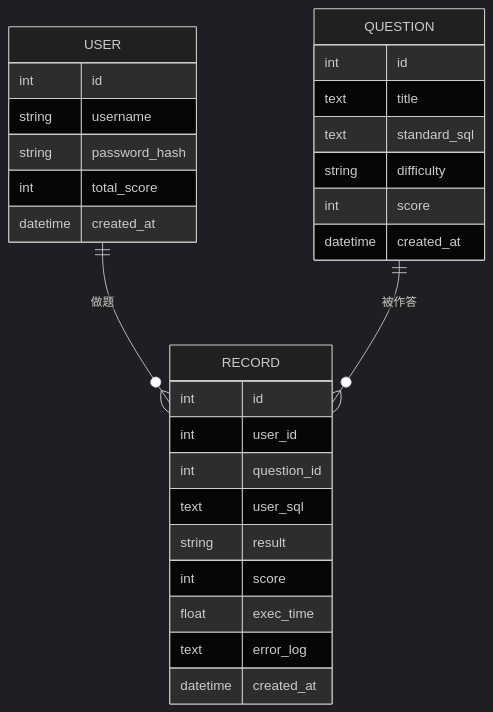
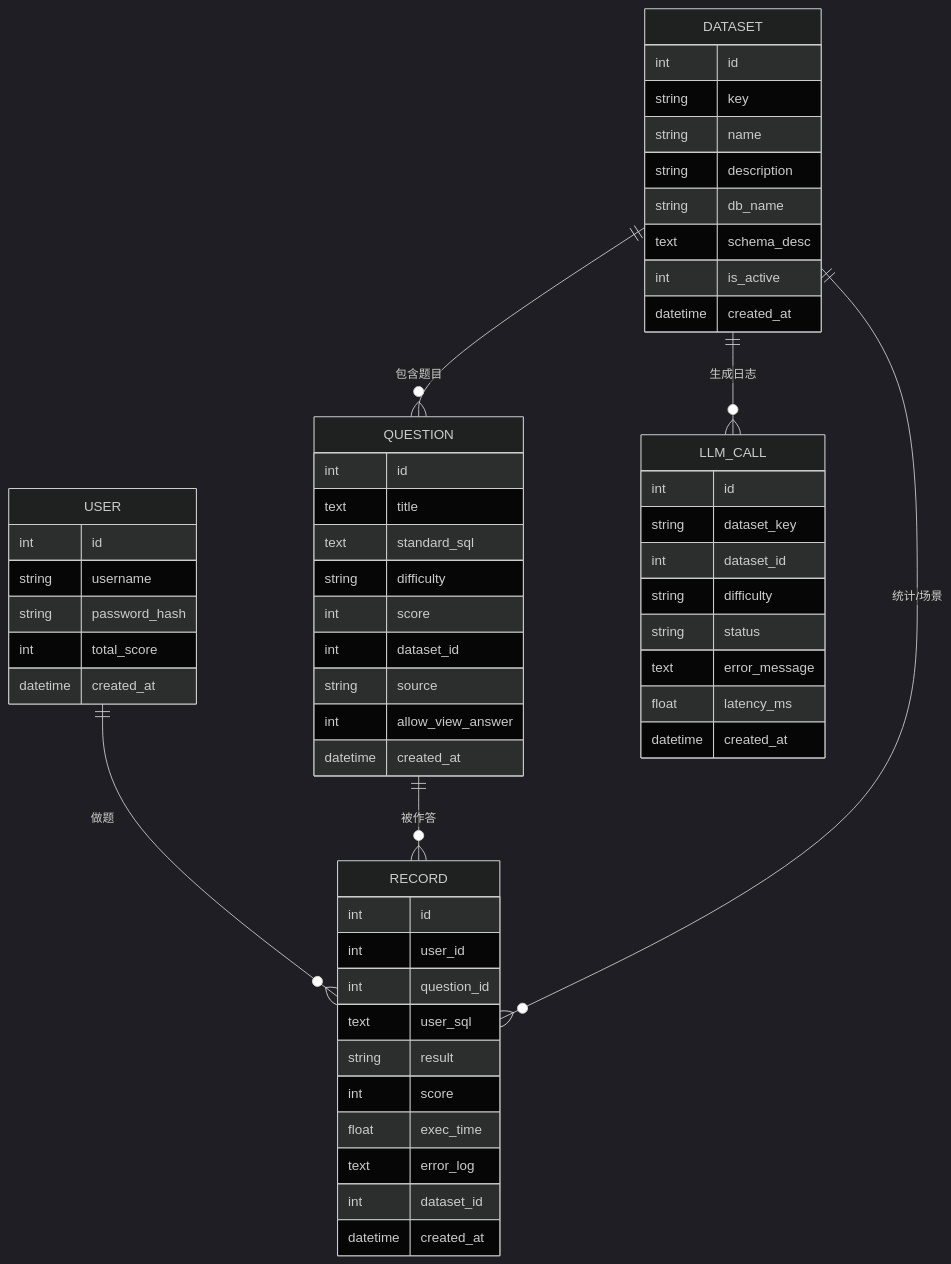
The first of 2 diagrams in docs/数据库设计-ER图与关系模式.md (metrogg/AutoSQL-Judge), drawn with Mermaid (dark theme) before and after one commit. The commit also changed other lines of this file and 2 other files, not shown here.

````diff
--- a/docs/数据库设计-ER图与关系模式.md
+++ b/docs/数据库设计-ER图与关系模式.md
@@ -29,34 +38,63 @@
 ```mermaid
 erDiagram
     USER ||--o{ RECORD : "做题"
+    DATASET ||--o{ QUESTION : "包含题目"
     QUESTION ||--o{ RECORD : "被作答"
+    DATASET ||--o{ RECORD : "统计/场景"
+    DATASET ||--o{ LLM_CALL : "生成日志"
 
     USER {
         int id
         string username
         string password_hash
         int total_score
         datetime created_at
     }
 
+    DATASET {
+        int id
+        string key
+        string name
+        string description
+        string db_name
+        text schema_desc
+        int is_active
+        datetime created_at
+    }
+
     QUESTION {
         int id
         text title
         text standard_sql
         string difficulty
         int score
+        int dataset_id
+        string source
+        int allow_view_answer
         datetime created_at
     }
 
     RECORD {
         int id
         int user_id
         int question_id
         text user_sql
         string result
         int score
         float exec_time
         text error_log
+        int dataset_id
+        datetime created_at
+    }
+
+    LLM_CALL {
+        int id
+        string dataset_key
+        int dataset_id
+        string difficulty
+        string status
+        text error_message
+        float latency_ms
         datetime created_at
     }
 ```
````
